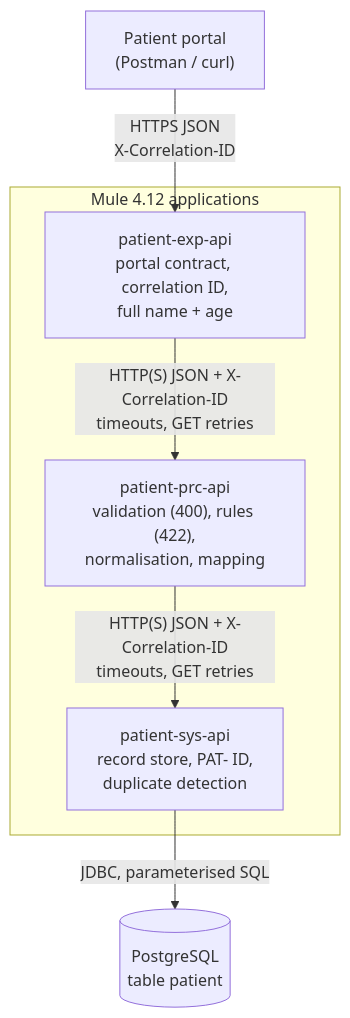
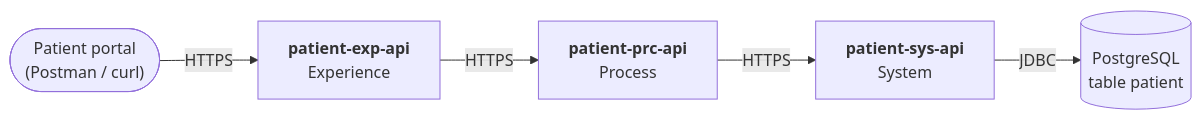
The first of 2 diagrams in README.md (djoga98/patient-registration-mulesoft), drawn with Mermaid before and after one commit. The commit also changed other lines of this file, not shown here.

````diff
--- a/README.md
+++ b/README.md
@@ -33,14 +46,13 @@
 ```mermaid
-flowchart TB
-    portal["Patient portal<br/>(Postman / curl)"]
-    subgraph mule["Mule 4.12 applications"]
-        exp["patient-exp-api<br/>portal contract, correlation ID,<br/>full name + age"]
-        prc["patient-prc-api<br/>validation (400), rules (422),<br/>normalisation, mapping"]
-        sys["patient-sys-api<br/>record store, PAT- ID,<br/>duplicate detection"]
-    end
+flowchart LR
+    portal(["Patient portal<br/>(Postman / curl)"])
+    exp["<b>patient-exp-api</b><br/>Experience"]
+    prc["<b>patient-prc-api</b><br/>Process"]
+    sys["<b>patient-sys-api</b><br/>System"]
     db[("PostgreSQL<br/>table patient")]
-    portal -- "HTTPS JSON<br/>X-Correlation-ID" --> exp
-    exp -- "HTTP(S) JSON + X-Correlation-ID<br/>timeouts, GET retries" --> prc
-    prc -- "HTTP(S) JSON + X-Correlation-ID<br/>timeouts, GET retries" --> sys
-    sys -- "JDBC, parameterised SQL" --> db
+
+    portal -- "HTTPS" --> exp
+    exp -- "HTTPS" --> prc
+    prc -- "HTTPS" --> sys
+    sys -- "JDBC" --> db
 ```
````
